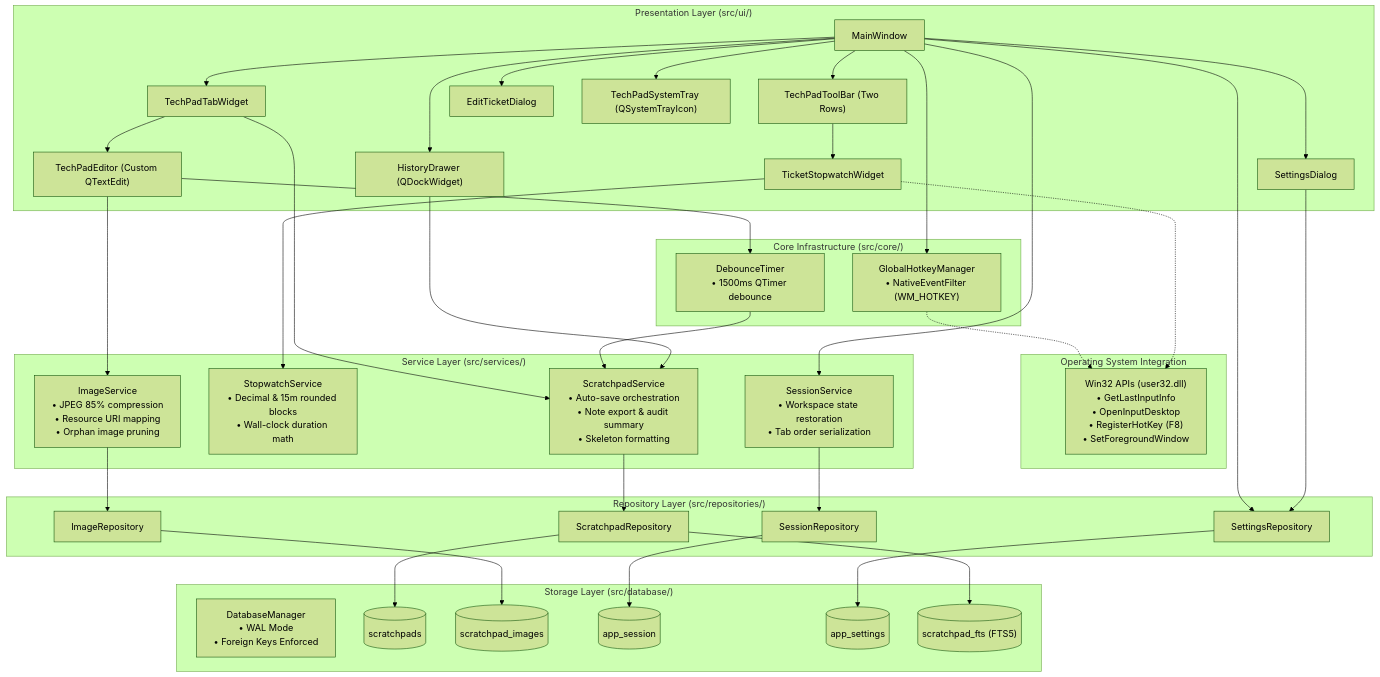
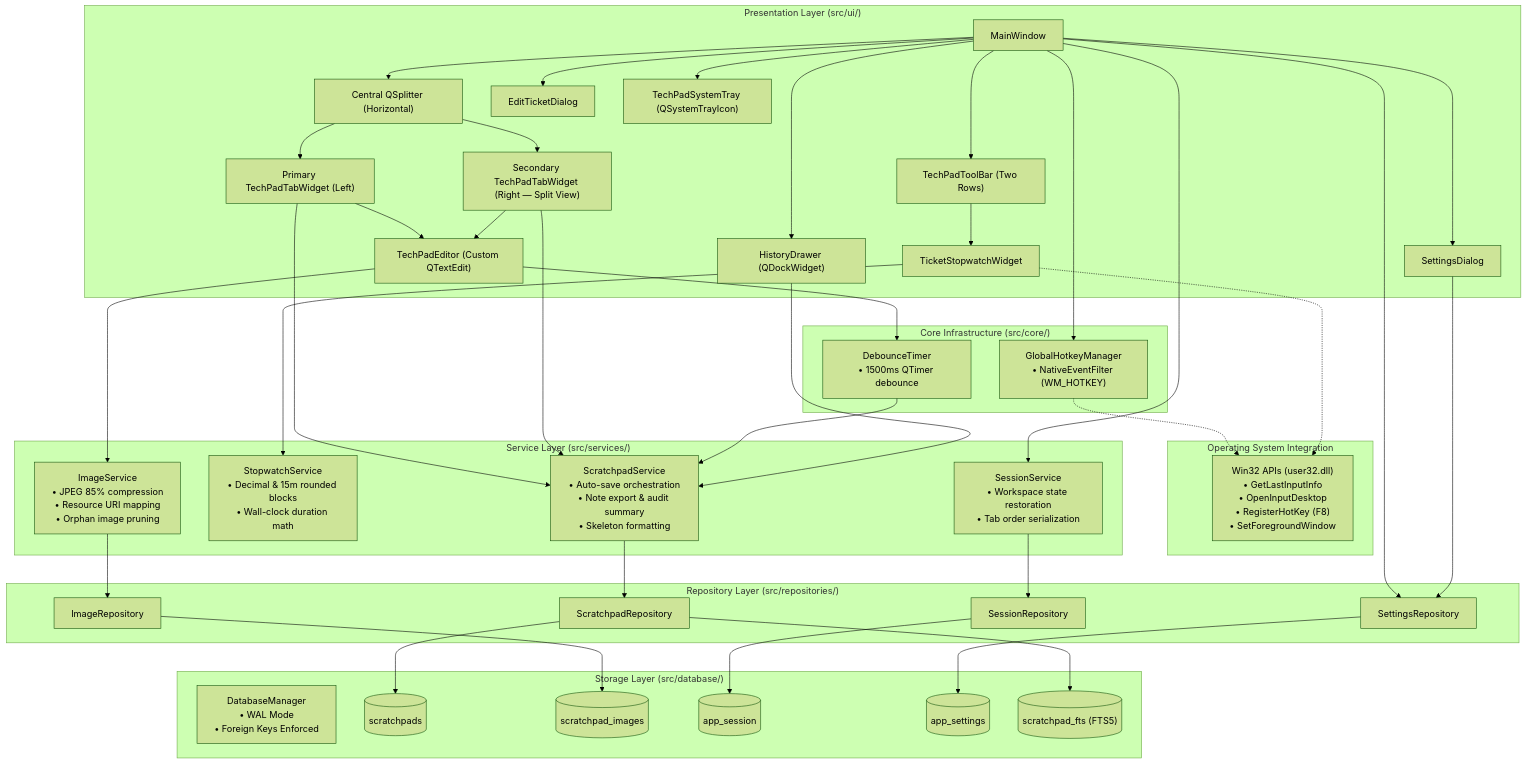
Before and after one commit to JDecelles1990/T-Notes: the diagram in docs/architecture/system-overview.md, drawn with Mermaid (forest theme). The commit also changed other lines of this file and 11 other files, not shown here.

Commit message:
feat(ui): add side-by-side split view with Alt+Z hotkey and dual tab panes

```diff
--- a/docs/architecture/system-overview.md
+++ b/docs/architecture/system-overview.md
@@ -8,7 +8,9 @@
 flowchart TD
     subgraph Presentation ["Presentation Layer (src/ui/)"]
         MW["MainWindow"]
-        TW["TechPadTabWidget"]
+        SPLIT["Central QSplitter (Horizontal)"]
+        TW["Primary TechPadTabWidget (Left)"]
+        TW2["Secondary TechPadTabWidget (Right — Split View)"]
         ED["TechPadEditor (Custom QTextEdit)"]
         TB["TechPadToolBar (Two Rows)"]
         HD["HistoryDrawer (QDockWidget)"]
@@ -50,8 +52,11 @@
         T_FTS[("scratchpad_fts (FTS5)")]
     end
 
-    MW --> TW
+    MW --> SPLIT
+    SPLIT --> TW
+    SPLIT --> TW2
     TW --> ED
+    TW2 --> ED
     MW --> TB
     MW --> HD
     MW --> ETD
@@ -64,6 +69,7 @@
     SWW -.-> W32
     SWW --> SWS
     TW --> SPS
+    TW2 --> SPS
     ED --> IMS
     ED --> DBT
     DBT --> SPS
```
